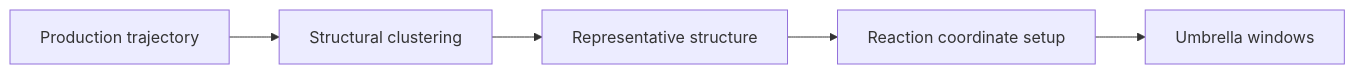
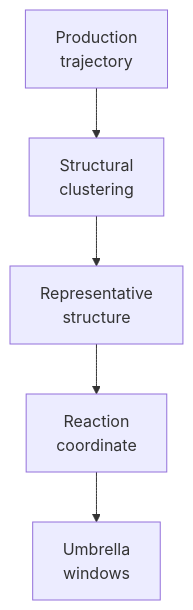
Before and after one commit to jackyissocute/LiSPER: the diagram in 01_computational_discovery/umbrella/README.md, drawn with Mermaid. The commit also changed 64 other files, not shown here.

````diff
--- a/01_computational_discovery/umbrella/README.md
+++ b/01_computational_discovery/umbrella/README.md
@@ -9,7 +9,16 @@
 ```mermaid
-flowchart LR
-    A["Production trajectory"] --> B["Structural clustering"]
-    B --> C["Representative structure"]
-    C --> D["Reaction coordinate setup"]
-    D --> E["Umbrella windows"]
+flowchart TD
+    accTitle: Umbrella Sampling Setup
+    accDescr: Production trajectories are clustered to select representative structures, define reaction coordinates, and build umbrella windows.
+
+    trajectory["Production<br/>trajectory"]
+    clustering["Structural<br/>clustering"]
+    representative["Representative<br/>structure"]
+    coordinate["Reaction<br/>coordinate"]
+    windows["Umbrella<br/>windows"]
+
+    trajectory --> clustering
+    clustering --> representative
+    representative --> coordinate
+    coordinate --> windows
 ```
````
